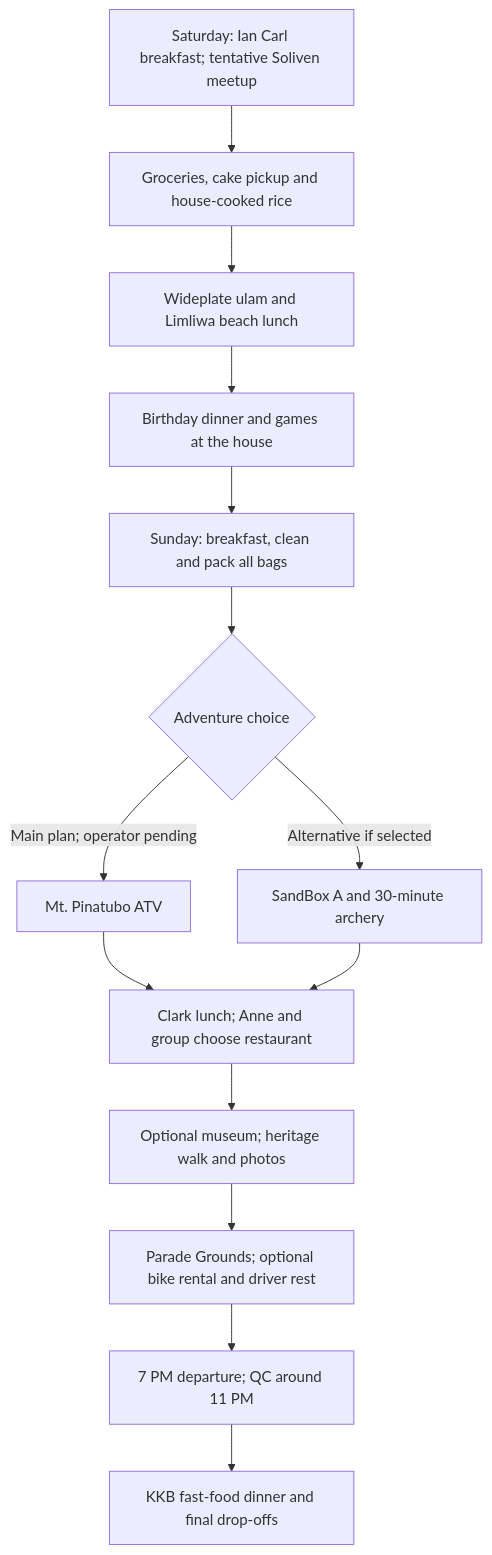
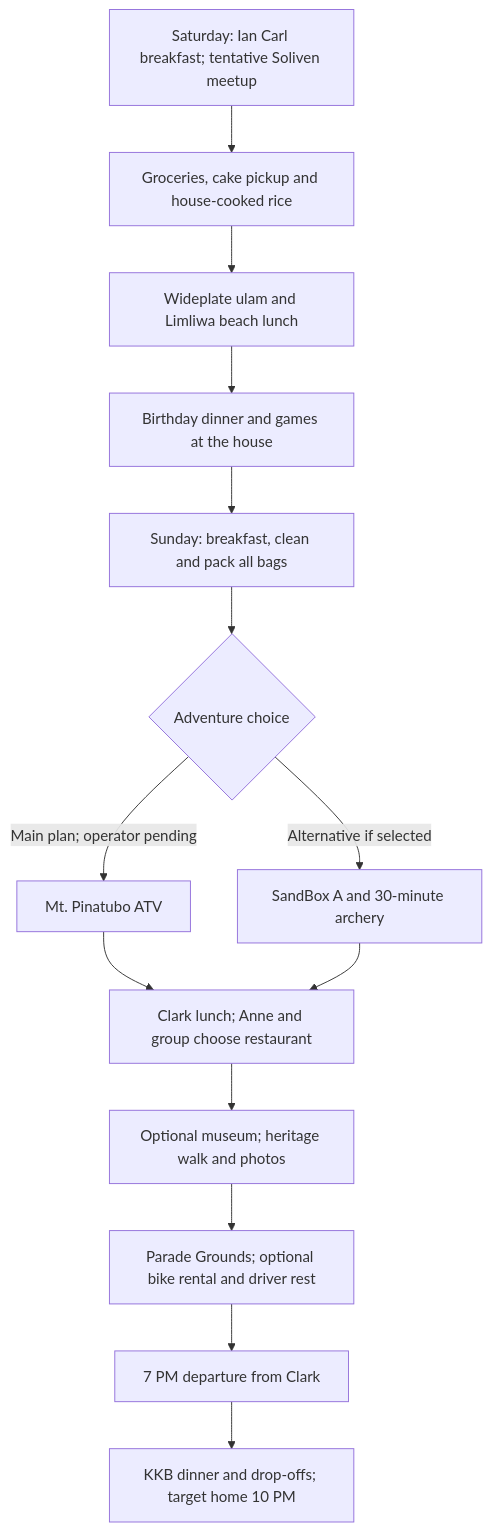
Before and after one commit to itsmcliam/Birthday-Plan: the diagram in assets/trip-flow.mmd, drawn with Mermaid. The commit also changed 3 other files, not shown here.

Commit message:
Use three-column participant checklist and 7 PM departure with 10 PM target

```diff
--- a/assets/trip-flow.mmd
+++ b/assets/trip-flow.mmd
@@ -1,14 +1,14 @@
 flowchart TD
     A["Saturday: Ian Carl breakfast; tentative Soliven meetup"] --> B["Groceries, cake pickup and house-cooked rice"]
     B --> C["Wideplate ulam and Limliwa beach lunch"]
     C --> D["Birthday dinner and games at the house"]
     D --> E["Sunday: breakfast, clean and pack all bags"]
     E --> F{"Adventure choice"}
     F -->|"Main plan; operator pending"| G["Mt. Pinatubo ATV"]
     F -->|"Alternative if selected"| H["SandBox A and 30-minute archery"]
     G --> I["Clark lunch; Anne and group choose restaurant"]
     H --> I
     I --> J["Optional museum; heritage walk and photos"]
     J --> K["Parade Grounds; optional bike rental and driver rest"]
-    K --> L["7 PM departure; QC around 11 PM"]
-    L --> M["KKB fast-food dinner and final drop-offs"]
+    K --> L["7 PM departure from Clark"]
+    L --> M["KKB dinner and drop-offs; target home 10 PM"]
```
